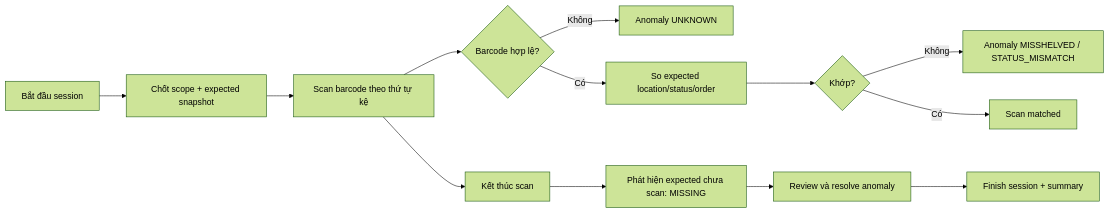
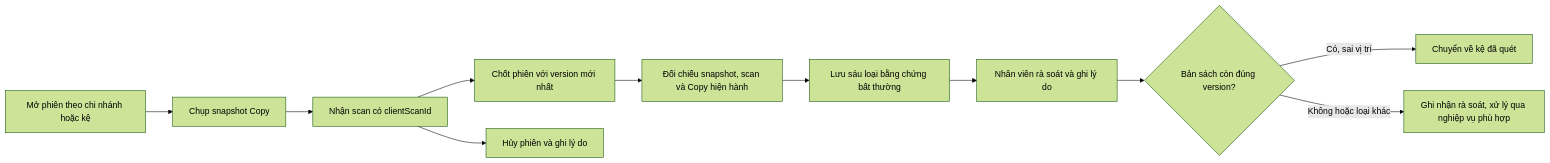
The diagram in tai-lieu/04-nghiep-vu/kiem-ke-ke-sach.md (Shuuma4869/He-thong-quan-ly-va-khai-thac-thu-vien), drawn with Mermaid (forest theme) before and after one commit. The commit also changed other lines of this file and 34 other files, not shown here.

Commit message:
Hoàn thiện kiểm kê kệ sách và xử lý sai vị trí

````diff
--- a/tai-lieu/04-nghiep-vu/kiem-ke-ke-sach.md
+++ b/tai-lieu/04-nghiep-vu/kiem-ke-ke-sach.md
@@ -7,15 +5,13 @@
 ```mermaid
 flowchart LR
-  A[Bắt đầu session] --> B[Chốt scope + expected snapshot]
-  B --> C[Scan barcode theo thứ tự kệ]
-  C --> D{Barcode hợp lệ?}
-  D -- Không --> E[Anomaly UNKNOWN]
-  D -- Có --> F[So expected location/status/order]
-  F --> G{Khớp?}
-  G -- Không --> H[Anomaly MISSHELVED / STATUS_MISMATCH]
-  G -- Có --> I[Scan matched]
-  C --> J[Kết thúc scan]
-  J --> K[Phát hiện expected chưa scan: MISSING]
-  K --> L[Review và resolve anomaly]
-  L --> M[Finish session + summary]
+  A[Mở phiên theo chi nhánh hoặc kệ] --> B[Chụp snapshot Copy]
+  B --> C[Nhận scan có clientScanId]
+  C --> D[Chốt phiên với version mới nhất]
+  D --> E[Đối chiếu snapshot, scan và Copy hiện hành]
+  E --> F[Lưu sáu loại bằng chứng bất thường]
+  C --> G[Hủy phiên và ghi lý do]
+  F --> H[Nhân viên rà soát và ghi lý do]
+  H --> I{Bản sách còn đúng version?}
+  I -->|Có, sai vị trí| J[Chuyển về kệ đã quét]
+  I -->|Không hoặc loại khác| K[Ghi nhận rà soát, xử lý qua nghiệp vụ phù hợp]
 ```
````
